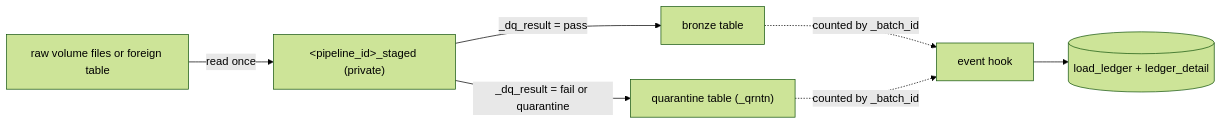
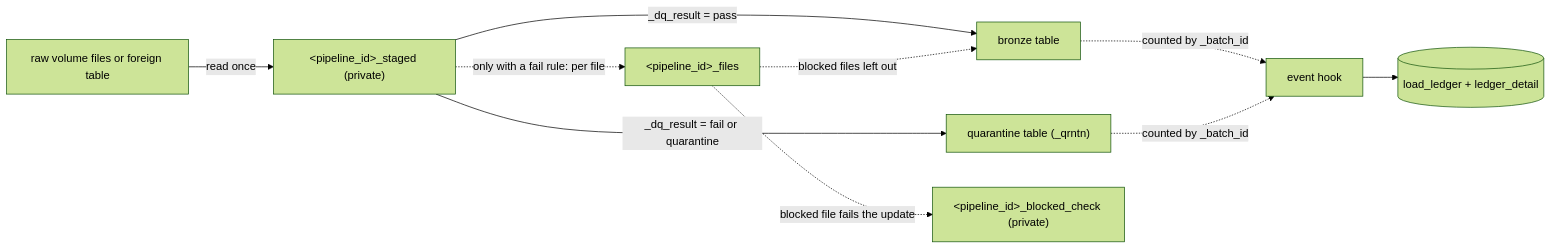
Before and after one commit to NitinKeshavB/framework: the third of 9 diagrams in framework_docs/ARCHITECTURE.md, drawn with Mermaid (forest theme). The commit also changed other lines of this file and 28 other files, not shown here.

````diff
--- a/framework_docs/ARCHITECTURE.md
+++ b/framework_docs/ARCHITECTURE.md
@@ -98,9 +98,12 @@
 ```mermaid
 flowchart LR
   source[raw volume files or foreign table] -->|read once| staged["&lt;pipeline_id&gt;_staged (private)"]
   staged -->|"_dq_result = pass"| bronze[bronze table]
   staged -->|"_dq_result = fail or quarantine"| quarantine["quarantine table (_qrntn)"]
+  staged -.->|"only with a fail rule: per file"| files["&lt;pipeline_id&gt;_files"]
+  files -.->|"blocked files left out"| bronze
+  files -.->|"blocked file fails the update"| check["&lt;pipeline_id&gt;_blocked_check (private)"]
   bronze -.->|"counted by _batch_id"| hook["event hook"]
   quarantine -.->|"counted by _batch_id"| hook
   hook --> ledger[("load_ledger + ledger_detail")]
 ```
````
